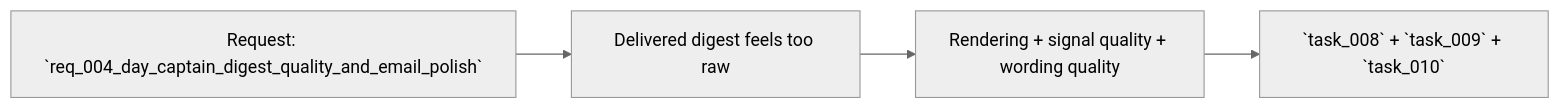
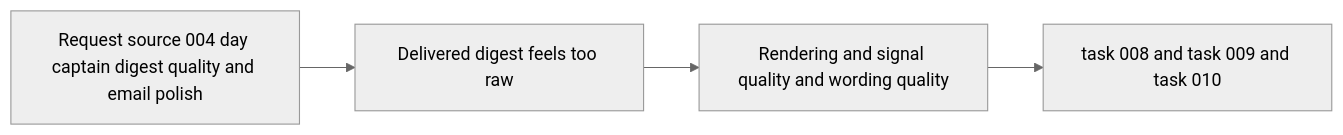
The diagram in logics/backlog/item_004_day_captain_digest_quality_and_email_polish.md (AlexAgo83/day-captain), drawn with Mermaid (neutral theme) before and after one commit. The commit also changed 40 other files, not shown here.

Commit message:
Normalize Logics Mermaid diagrams

````diff
--- a/logics/backlog/item_004_day_captain_digest_quality_and_email_polish.md
+++ b/logics/backlog/item_004_day_captain_digest_quality_and_email_polish.md
@@ -31,6 +31,6 @@
 ```mermaid
 flowchart LR
-    Req[Request: `req_004_day_captain_digest_quality_and_email_polish`] --> Problem[Delivered digest feels too raw]
-    Problem --> Scope[Rendering + signal quality + wording quality]
-    Scope --> Tasks[`task_008` + `task_009` + `task_010`]
+    Req[Request source 004 day captain digest quality and email polish] --> Problem[Delivered digest feels too raw]
+    Problem --> Scope[Rendering and signal quality and wording quality]
+    Scope --> Tasks[task 008 and task 009 and task 010]
 ```
````
